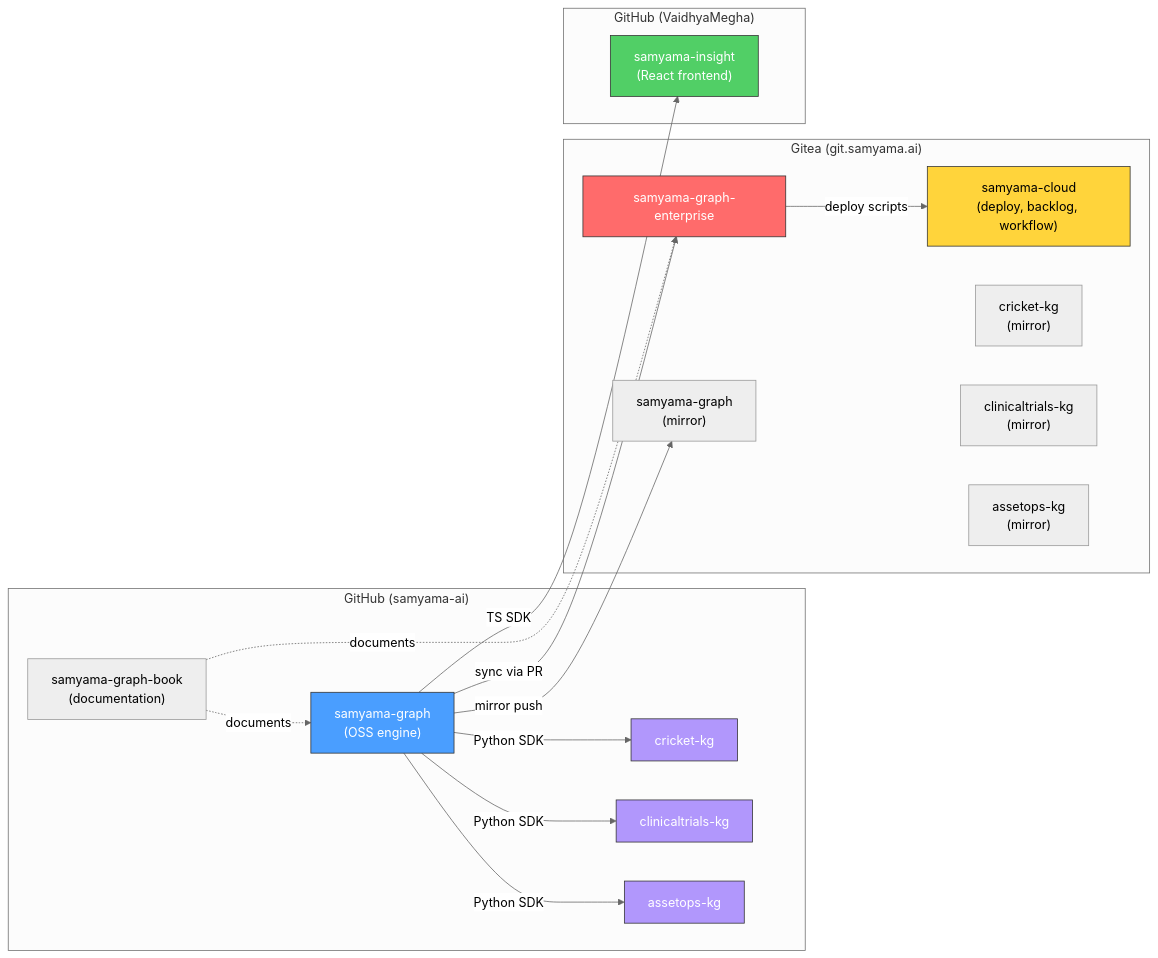
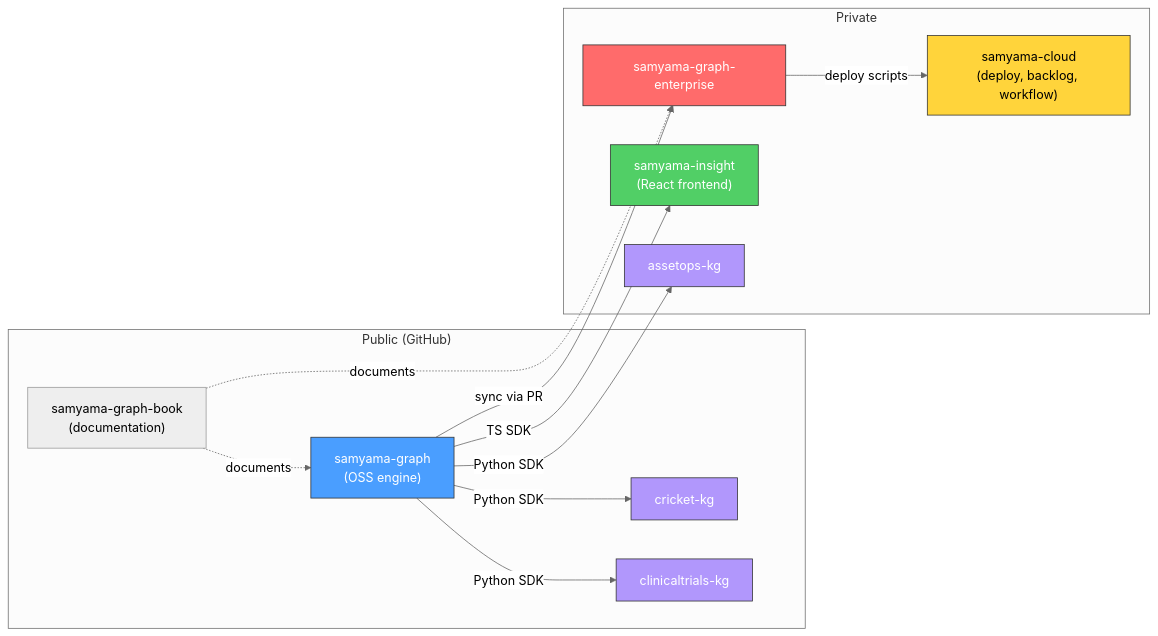
Before and after one commit to samyama-ai/samyama-graph-book: the first of 8 diagrams in src/ecosystem_architecture.md, drawn with Mermaid (neutral theme). The commit also changed other lines of this file, not shown here.

First line of the commit message:
docs: scrub private hosting details from ecosystem architecture

````diff
--- a/src/ecosystem_architecture.md
+++ b/src/ecosystem_architecture.md
@@ -11,41 +11,33 @@
 ```mermaid
 graph LR
-    subgraph GitHub ["GitHub (samyama-ai)"]
+    subgraph Public ["Public (GitHub)"]
         SG["samyama-graph<br/>(OSS engine)"]
         SGB["samyama-graph-book<br/>(documentation)"]
         CKG["cricket-kg"]
         CTKG["clinicaltrials-kg"]
+    end
+
+    subgraph Private ["Private"]
+        SGE["samyama-graph-enterprise"]
+        SC["samyama-cloud<br/>(deploy, backlog, workflow)"]
+        SI["samyama-insight<br/>(React frontend)"]
         AOKG["assetops-kg"]
     end
 
-    subgraph Gitea ["Gitea (git.samyama.ai)"]
-        SGE["samyama-graph-enterprise"]
-        SC["samyama-cloud<br/>(deploy, backlog, workflow)"]
-        SG2["samyama-graph<br/>(mirror)"]
-        CKG2["cricket-kg<br/>(mirror)"]
-        CTKG2["clinicaltrials-kg<br/>(mirror)"]
-        AOKG2["assetops-kg<br/>(mirror)"]
-    end
-
-    subgraph GitHub2 ["GitHub (VaidhyaMegha)"]
-        SI["samyama-insight<br/>(React frontend)"]
-    end
-
     SG -->|"sync via PR"| SGE
-    SG -->|"mirror push"| SG2
     SG -->|"Python SDK"| CKG
     SG -->|"Python SDK"| CTKG
     SG -->|"Python SDK"| AOKG
     SG -->|"TS SDK"| SI
     SGE -->|"deploy scripts"| SC
     SGB -.->|"documents"| SG
     SGB -.->|"documents"| SGE
 
     style SG fill:#4a9eff,stroke:#333,color:#fff
     style SGE fill:#ff6b6b,stroke:#333,color:#fff
     style SI fill:#51cf66,stroke:#333,color:#fff
     style SC fill:#ffd43b,stroke:#333
     style CKG fill:#b197fc,stroke:#333,color:#fff
     style CTKG fill:#b197fc,stroke:#333,color:#fff
     style AOKG fill:#b197fc,stroke:#333,color:#fff
 ```
````
